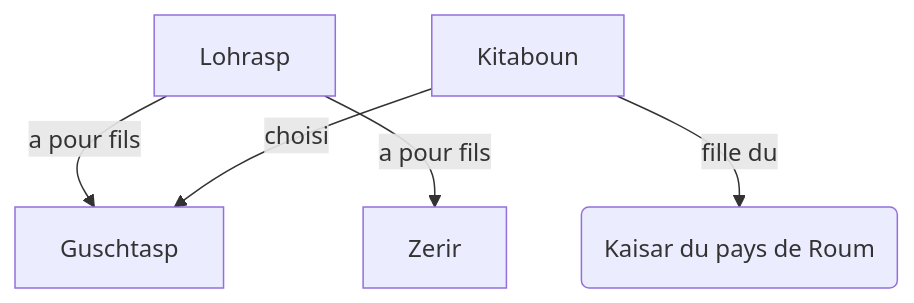
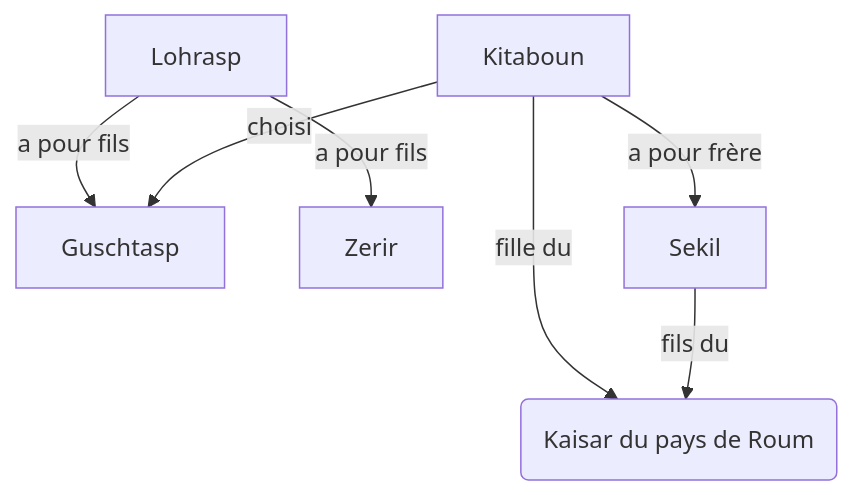
Before and after one commit to hdorgeval/le-livre-des-rois: the diagram in src/graphs/lohrasp/lohrasp.mmd, drawn with Mermaid. The commit also changed 3 other files, not shown here.

```diff
--- a/src/graphs/lohrasp/lohrasp.mmd
+++ b/src/graphs/lohrasp/lohrasp.mmd
@@ -1,5 +1,7 @@
 graph TD
 Lohrasp --a pour fils--> Guschtasp
 Lohrasp --a pour fils--> Zerir
 Kitaboun --choisi--> Guschtasp
 Kitaboun --fille du--> K(Kaisar du pays de Roum)
+Sekil --fils du--> K(Kaisar du pays de Roum)
+Kitaboun --a pour frère--> Sekil
```
